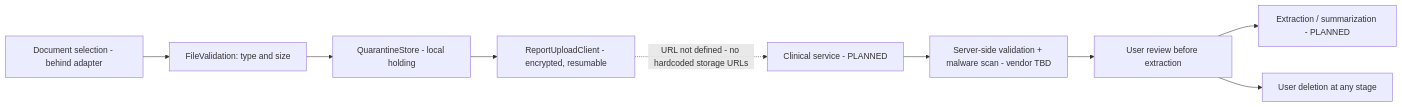
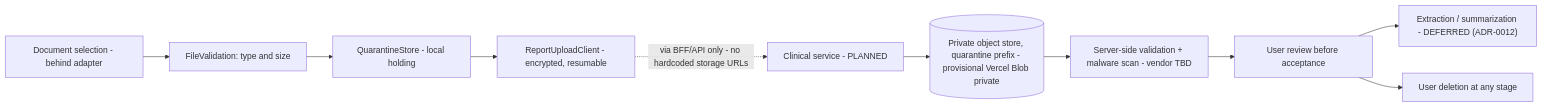
Before and after one commit to sunveda/health-app: the fifth of 7 diagrams in docs/architecture/system-architecture.md, drawn with Mermaid. The commit also changed other lines of this file and 27 other files, not shown here.

Commit message:
docs: apply owner decisions (Next.js BFF, web auth tree, Vercel+Neon, web clinical upload, AI deferred); add web CI gates

````diff
--- a/docs/architecture/system-architecture.md
+++ b/docs/architecture/system-architecture.md
@@ -154,11 +154,12 @@
 ```mermaid
 flowchart LR
   pick["Document selection - behind adapter"] --> val["FileValidation: type and size"]
   val --> q["QuarantineStore - local holding"]
   q --> up["ReportUploadClient - encrypted, resumable"]
-  up -.->|"URL not defined - no hardcoded storage URLs"| svc["Clinical service - PLANNED"]
-  svc --> scan["Server-side validation + malware scan - vendor TBD"]
-  scan --> review["User review before extraction"]
-  review --> ext["Extraction / summarization - PLANNED"]
+  up -.->|"via BFF/API only - no hardcoded storage URLs"| svc["Clinical service - PLANNED"]
+  svc --> priv[("Private object store, quarantine prefix - provisional Vercel Blob private")]
+  priv --> scan["Server-side validation + malware scan - vendor TBD"]
+  scan --> review["User review before acceptance"]
+  review --> ext["Extraction / summarization - DEFERRED (ADR-0012)"]
   review --> del["User deletion at any stage"]
 ```
````
